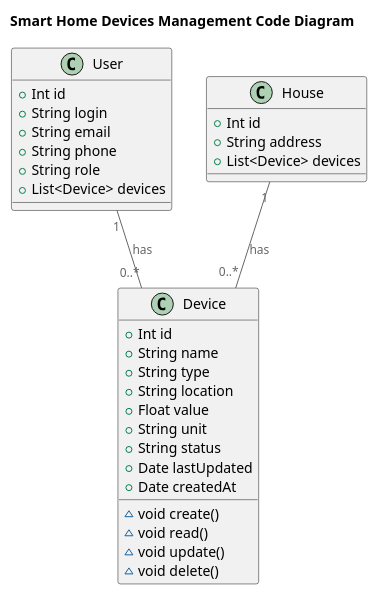
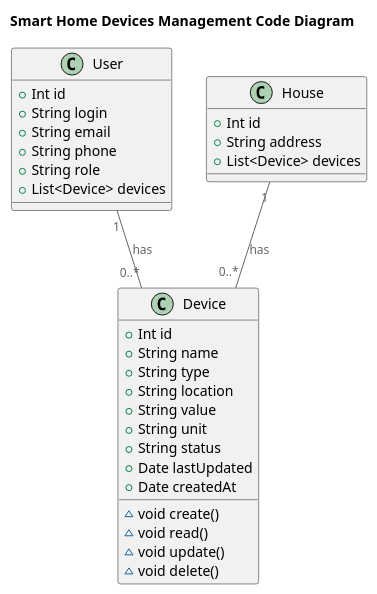
One commit to mironsv/architecture-warmhouse changed the diagram in diagrams/code/crud_device_conroller.puml. Above: the diagram before and after it, drawn with PlantUML. The commit also changed 5 other files, not shown here.

```diff
--- a/diagrams/code/crud_device_conroller.puml
+++ b/diagrams/code/crud_device_conroller.puml
@@ -1,40 +1,40 @@
 @startuml crud_device_conroller
 title Smart Home Devices Management Code Diagram
 
 !includeurl https://raw.githubusercontent.com/RicardoNiepel/C4-PlantUML/master/C4_Component.puml
 
 class User {
   +Int id
   +String login
   +String email
   +String phone
   +String role
   +List<Device> devices
 }
 
 class House {
   +Int id
   +String address
   +List<Device> devices
 }
 
 class Device {
   +Int id
   +String name
   +String type
   +String location
-  +Float value
+  +String value
   +String unit
   +String status
   +Date lastUpdated
   +Date createdAt
   ~void create()
   ~void read()
   ~void update()
   ~void delete()
 }
 
 User "1" -- "0..*" Device : has
 House "1" -- "0..*" Device : has
 
 @enduml
```
